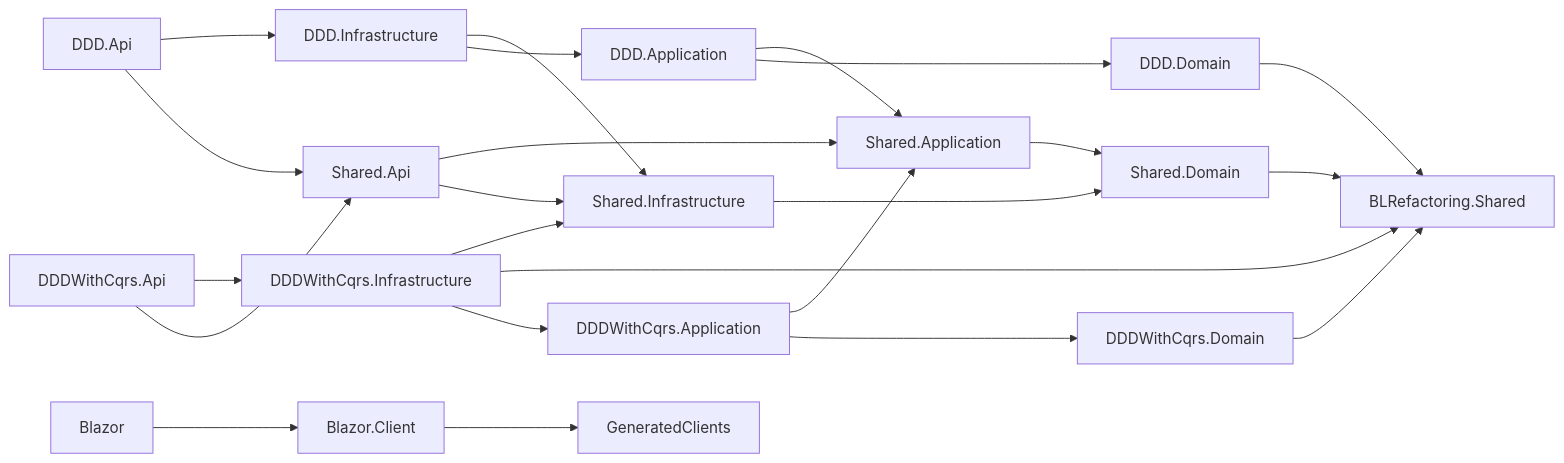
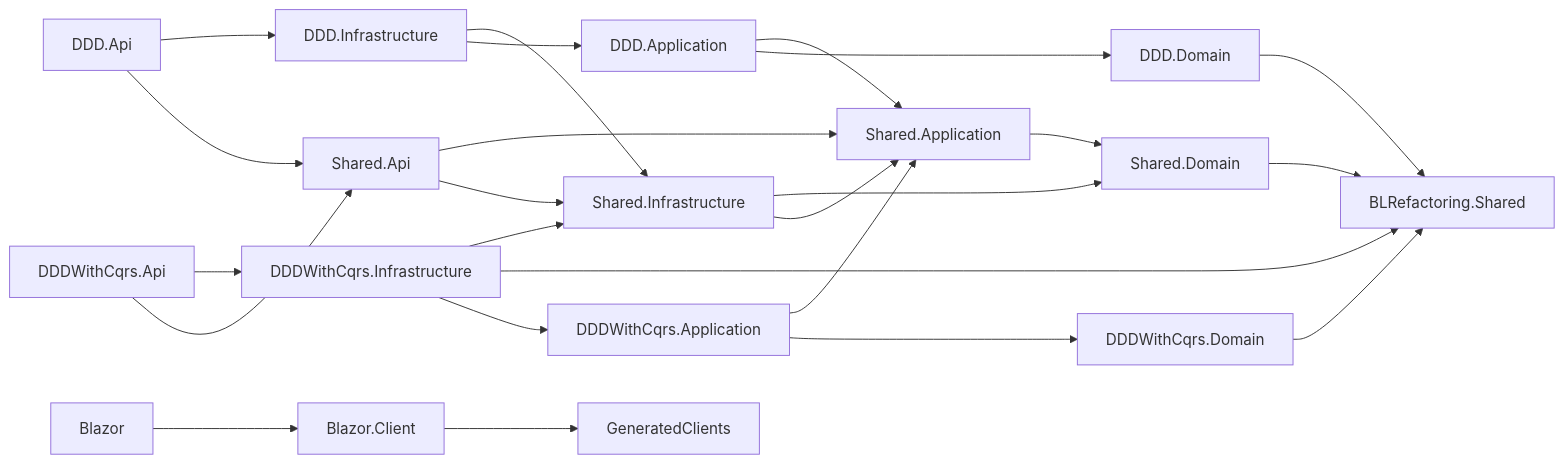
Before and after one commit to maxime-poulain/BLRefactoring: the second of 5 diagrams in README.md, drawn with Mermaid. The commit also changed other lines of this file and 189 other files, not shown here.

````diff
--- a/README.md
+++ b/README.md
@@ -154,48 +154,49 @@
 ```mermaid
 flowchart LR
     Kernel["BLRefactoring.Shared"]
     Domain["Shared.Domain"]
     SharedApp["Shared.Application"]
     SharedInfra["Shared.Infrastructure"]
     SharedApi["Shared.Api"]
 
     DddDomain["DDD.Domain"]
     DddApp["DDD.Application"]
     DddInfra["DDD.Infrastructure"]
     DddApi["DDD.Api"]
 
     CqrsDomain["DDDWithCqrs.Domain"]
     CqrsApp["DDDWithCqrs.Application"]
     CqrsInfra["DDDWithCqrs.Infrastructure"]
     CqrsApi["DDDWithCqrs.Api"]
 
     Clients["GeneratedClients"]
     BlazorClient["Blazor.Client"]
     BlazorHost["Blazor"]
 
     Domain --> Kernel
     SharedApp --> Domain
     SharedInfra --> Domain
+    SharedInfra --> SharedApp
     SharedApi --> SharedApp
     SharedApi --> SharedInfra
 
     DddDomain --> Kernel
     DddApp --> SharedApp
     DddApp --> DddDomain
     DddInfra --> SharedInfra
     DddInfra --> DddApp
     DddApi --> DddInfra
     DddApi --> SharedApi
 
     CqrsDomain --> Kernel
     CqrsApp --> SharedApp
     CqrsApp --> CqrsDomain
     CqrsInfra --> SharedInfra
     CqrsInfra --> Kernel
     CqrsInfra --> CqrsApp
     CqrsApi --> CqrsInfra
     CqrsApi --> SharedApi
 
     BlazorClient --> Clients
     BlazorHost --> BlazorClient
 ```
````
